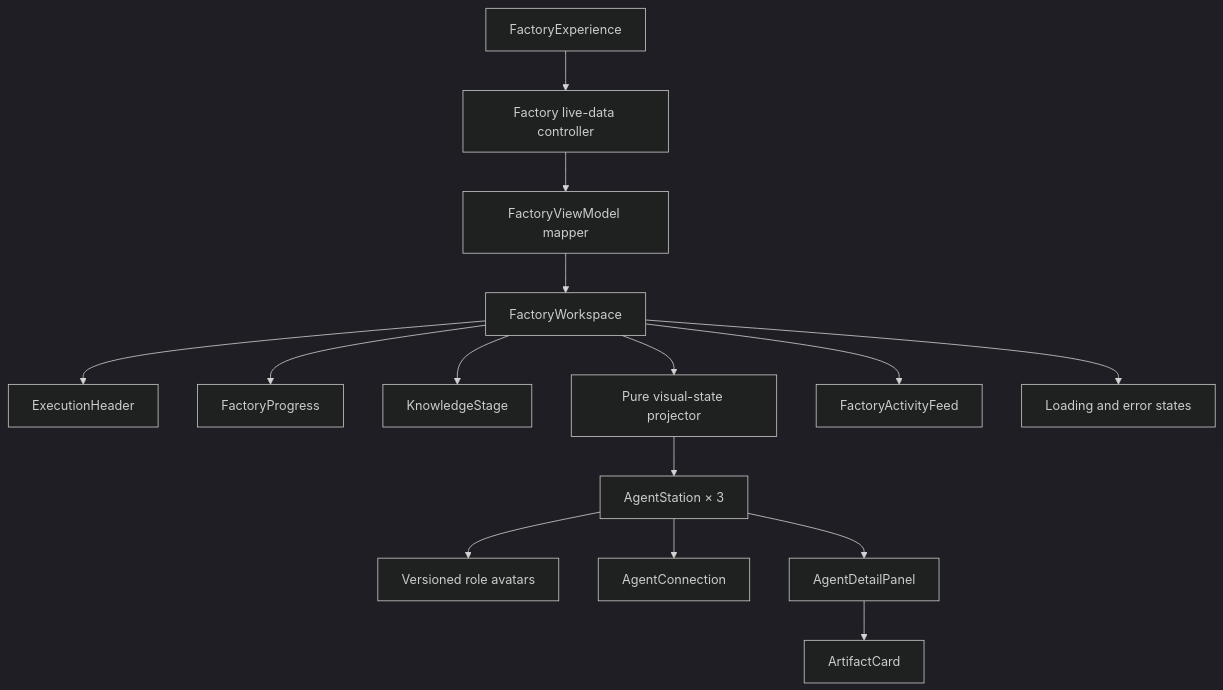
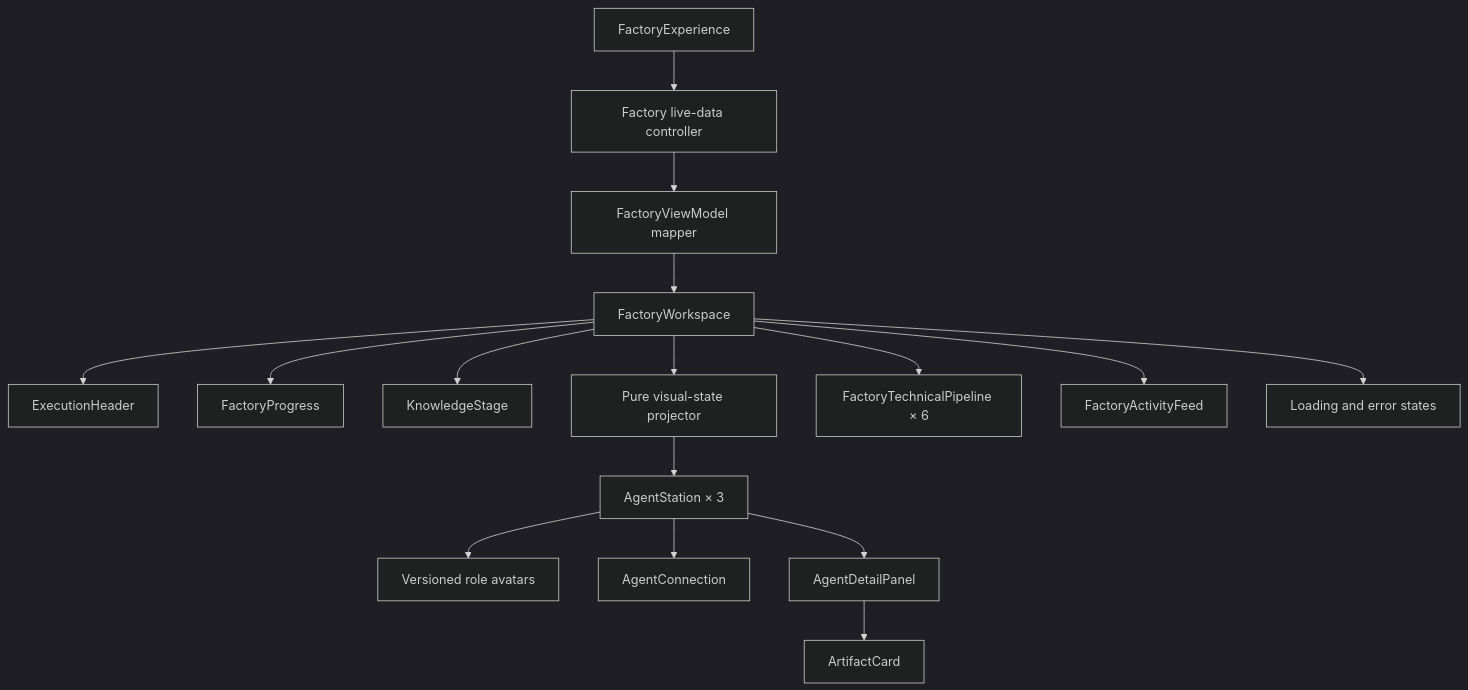
The ninth of 9 diagrams in knowledge/45-FACTORY_VISUALIZATION_FLOW.md (felipet66/brq-ai-factory), drawn with Mermaid (dark theme) before and after one commit. The commit also changed other lines of this file and 128 other files, not shown here.

Commit message:
feat(sprint-24): integrate end-to-end factory pipeline

````diff
--- a/knowledge/45-FACTORY_VISUALIZATION_FLOW.md
+++ b/knowledge/45-FACTORY_VISUALIZATION_FLOW.md
@@ -197,17 +201,18 @@
 ```mermaid
 flowchart TB
     EXPERIENCE["FactoryExperience"] --> LIVE["Factory live-data controller"]
     LIVE --> MAPPER["FactoryViewModel mapper"]
     MAPPER --> WORKSPACE["FactoryWorkspace"]
     WORKSPACE --> HEADER["ExecutionHeader"]
     WORKSPACE --> PROGRESS["FactoryProgress"]
     WORKSPACE --> KNOWLEDGE["KnowledgeStage"]
     WORKSPACE --> PROJECTOR["Pure visual-state projector"]
     PROJECTOR --> STATIONS["AgentStation × 3"]
     STATIONS --> AVATARS["Versioned role avatars"]
     STATIONS --> CONNECTIONS["AgentConnection"]
     STATIONS --> DETAILS["AgentDetailPanel"]
     DETAILS --> ARTIFACTS["ArtifactCard"]
+    WORKSPACE --> TECHNICAL["FactoryTechnicalPipeline × 6"]
     WORKSPACE --> ACTIVITY["FactoryActivityFeed"]
     WORKSPACE --> STATES["Loading and error states"]
 ```
````
